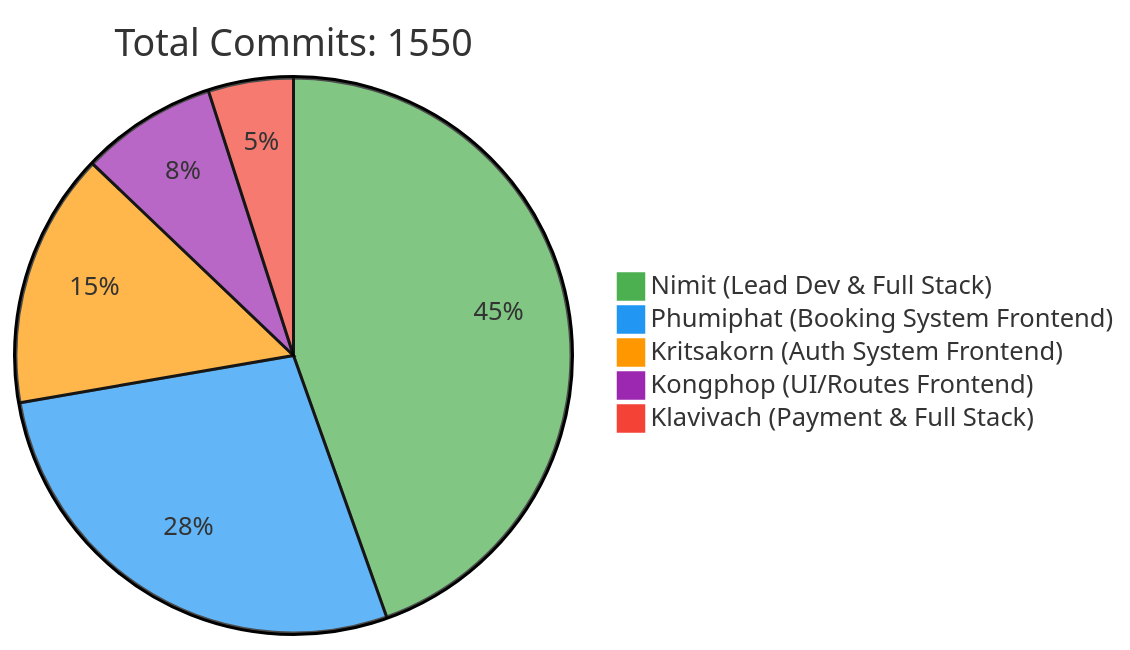
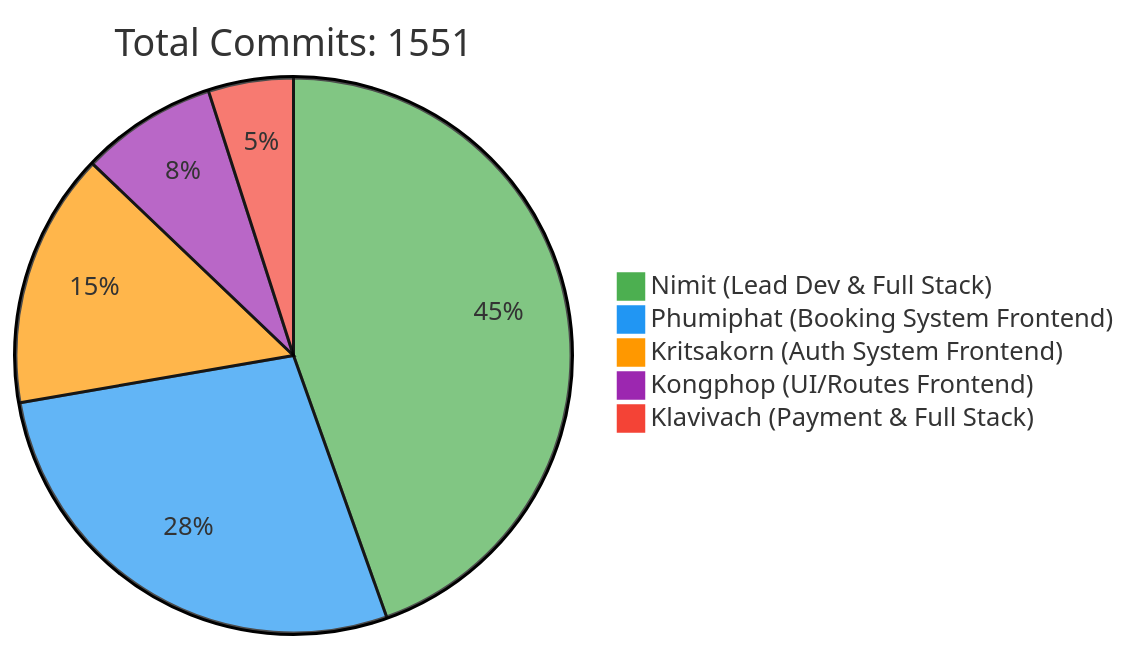
One commit to 6531503042/Sport-Complex changed the first of 2 diagrams in README.md. Above: the diagram before and after it, drawn with Mermaid. The commit also changed other lines of this file, not shown here.

Commit message:
docs: Update contributor statistics [skip ci]

````diff
--- a/README.md
+++ b/README.md
@@ -257,10 +257,10 @@
 ```mermaid
 %%{init: {'theme': 'base', 'themeVariables': { 'pie1': '#4CAF50', 'pie2': '#2196F3', 'pie3': '#FF9800', 'pie4': '#9C27B0', 'pie5': '#F44336'}}}%%
 pie
-    title Total Commits: 1550
+    title Total Commits: 1551
     "Nimit (Lead Dev & Full Stack)" : 450
     "Phumiphat (Booking System Frontend)" : 280
     "Kritsakorn (Auth System Frontend)" : 150
     "Kongphop (UI/Routes Frontend)" : 80
     "Klavivach (Payment & Full Stack)" : 50
 ```
````
